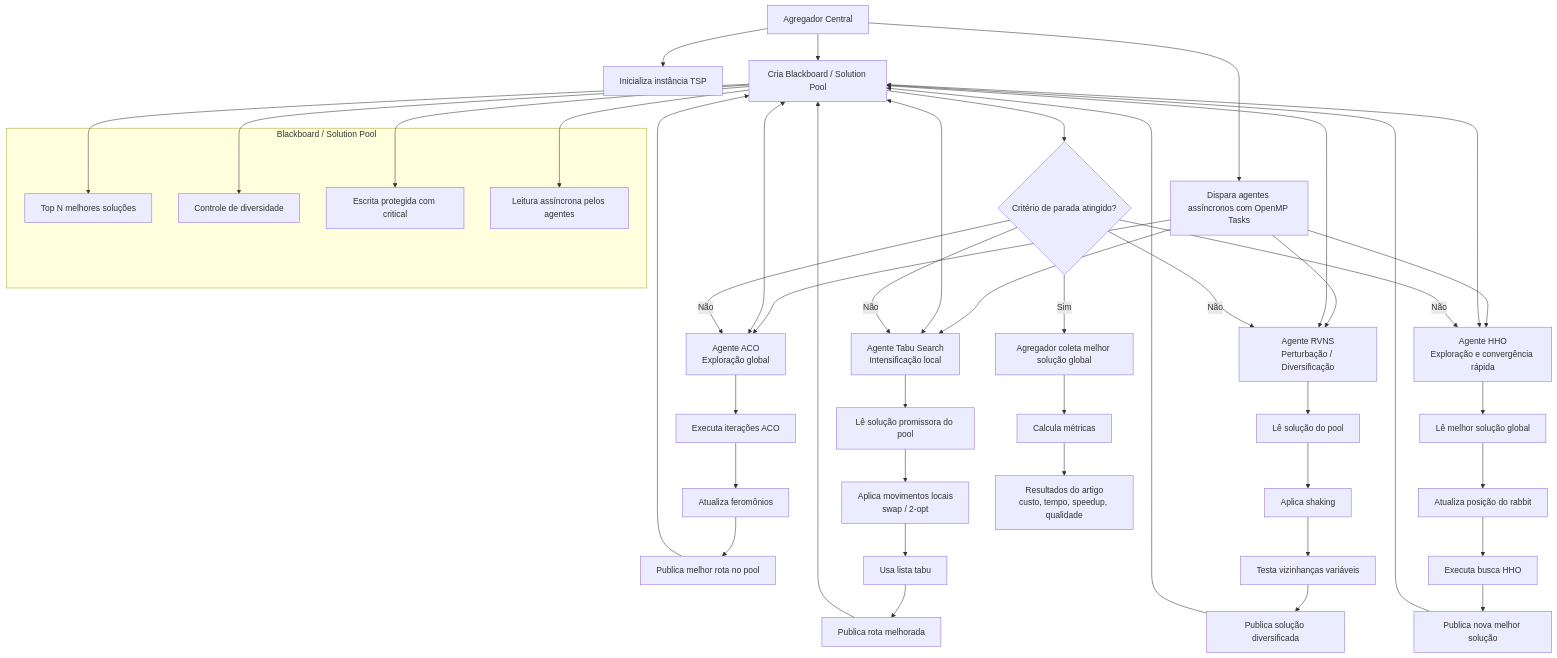
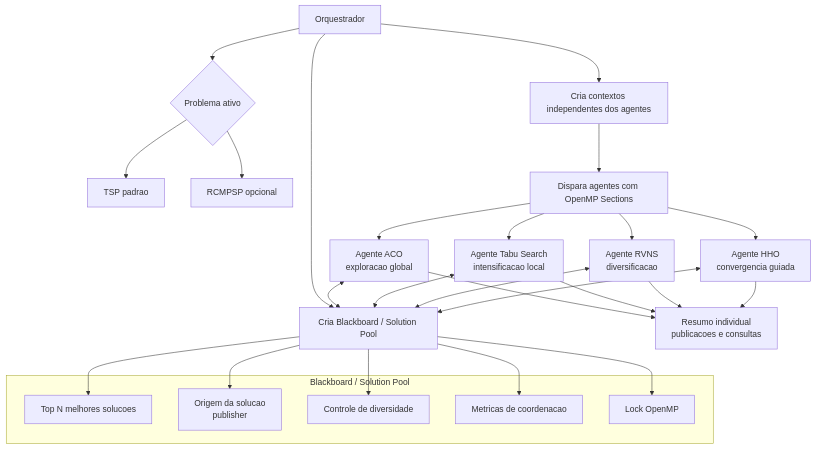
Before and after one commit to Vitorloula/Multi-Agentes: the first of 2 diagrams in arquitetura_sistema.md, drawn with Mermaid. The commit also changed other lines of this file and 1 other file, not shown here.

Commit message:
atualiza fluxogramas multiagentes

````diff
--- a/arquitetura_sistema.md
+++ b/arquitetura_sistema.md
@@ -11,61 +11,39 @@
 ```mermaid
 flowchart TD
-    A[Agregador Central] --> B[Inicializa instância TSP]
+    A[Orquestrador] --> B{Problema ativo}
+    B --> BT[TSP padrao]
+    B --> BR[RCMPSP opcional]
+
     A --> C[Cria Blackboard / Solution Pool]
-    A --> D[Dispara agentes assíncronos com OpenMP Tasks]
+    A --> D[Cria contextos independentes dos agentes]
+    D --> E[Dispara agentes com OpenMP Sections]
 
-    D --> E[Agente ACO<br/>Exploração global]
-    D --> F[Agente Tabu Search<br/>Intensificação local]
-    D --> G[Agente RVNS<br/>Perturbação / Diversificação]
-    D --> H[Agente HHO<br/>Exploração e convergência rápida]
+    E --> ACO[Agente ACO<br/>exploracao global]
+    E --> TS[Agente Tabu Search<br/>intensificacao local]
+    E --> RVNS[Agente RVNS<br/>diversificacao]
+    E --> HHO[Agente HHO<br/>convergencia guiada]
 
-    C <--> E
-    C <--> F
-    C <--> G
-    C <--> H
-
-    E --> E1[Executa iterações ACO]
-    E1 --> E2[Atualiza feromônios]
-    E2 --> E3[Publica melhor rota no pool]
-    E3 --> C
-
-    F --> F1[Lê solução promissora do pool]
-    F1 --> F2[Aplica movimentos locais<br/>swap / 2-opt]
-    F2 --> F3[Usa lista tabu]
-    F3 --> F4[Publica rota melhorada]
-    F4 --> C
-
-    G --> G1[Lê solução do pool]
-    G1 --> G2[Aplica shaking]
-    G2 --> G3[Testa vizinhanças variáveis]
-    G3 --> G4[Publica solução diversificada]
-    G4 --> C
-
-    H --> H1[Lê melhor solução global]
-    H1 --> H2[Atualiza posição do rabbit]
-    H2 --> H3[Executa busca HHO]
-    H3 --> H4[Publica nova melhor solução]
-    H4 --> C
-
-    C --> I{Critério de parada atingido?}
-    I -- Não --> E
-    I -- Não --> F
-    I -- Não --> G
-    I -- Não --> H
-
-    I -- Sim --> J[Agregador coleta melhor solução global]
-    J --> K[Calcula métricas]
-    K --> L[Resultados do artigo<br/>custo, tempo, speedup, qualidade]
+    ACO <--> C
+    TS <--> C
+    RVNS <--> C
+    HHO <--> C
 
     subgraph Blackboard[Blackboard / Solution Pool]
-        C1[Top N melhores soluções]
-        C2[Controle de diversidade]
-        C3[Escrita protegida com critical]
-        C4[Leitura assíncrona pelos agentes]
+        C1[Top N melhores solucoes]
+        C2[Origem da solucao<br/>publisher]
+        C3[Controle de diversidade]
+        C4[Metricas de coordenacao]
+        C5[Lock OpenMP]
     end
 
     C --> C1
     C --> C2
     C --> C3
     C --> C4
+    C --> C5
+
+    ACO --> R1[Resumo individual<br/>publicacoes e consultas]
+    TS --> R1
+    RVNS --> R1
+    HHO --> R1
 ```
````
